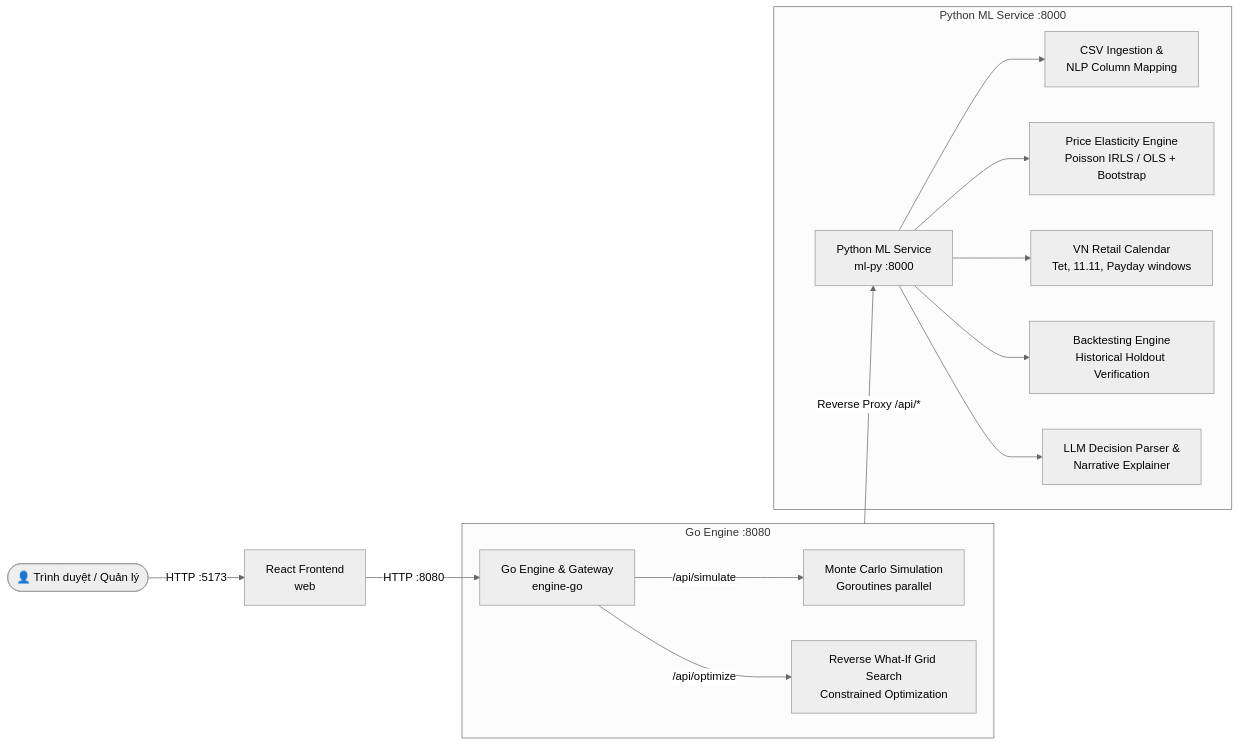
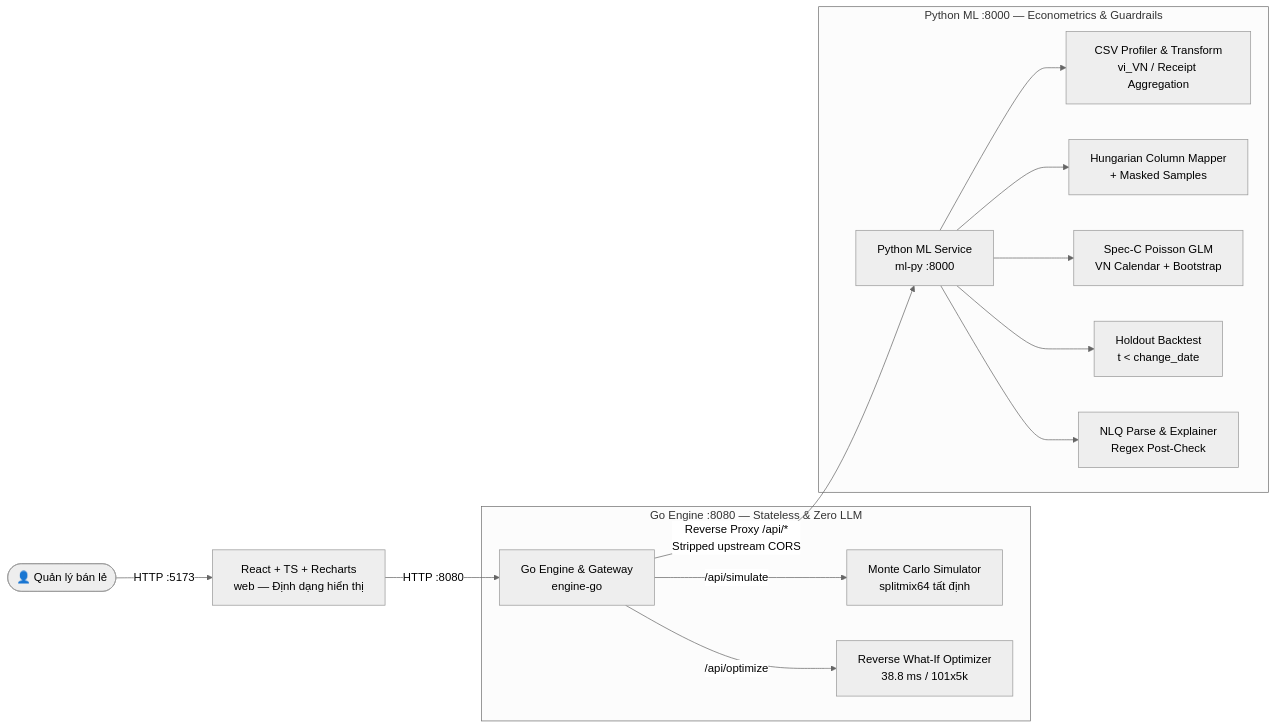
The diagram in README.md (Zubereus/Hackathon_AI_For_Business), drawn with Mermaid (neutral theme) before and after one commit. The commit also changed other lines of this file and 6 other files, not shown here.

````diff
--- a/README.md
+++ b/README.md
@@ -49,21 +44,20 @@
 ```mermaid
 flowchart LR
-    Client([👤 Trình duyệt / Quản lý]) 
-    -->|HTTP :5173| Web[React Frontend\nweb]
+    User([👤 Quản lý bán lẻ]) -->|HTTP :5173| Web[React + TS + Recharts\nweb — Định dạng hiển thị]
     Web -->|HTTP :8080| Gateway[Go Engine & Gateway\nengine-go]
-    
-    subgraph Gateway_Tier [Go Engine :8080]
-        Gateway -->|/api/simulate| SimEngine[Monte Carlo Simulation\nGoroutines parallel]
-        Gateway -->|/api/optimize| OptEngine[Reverse What-If Grid Search\nConstrained Optimization]
+
+    subgraph Go_Tier [Go Engine :8080 — Stateless & Zero LLM]
+        Gateway -->|/api/simulate| Sim[Monte Carlo Simulator\nsplitmix64 tất định]
+        Gateway -->|/api/optimize| Opt[Reverse What-If Optimizer\n38.8 ms / 101x5k]
     end
 
-    Gateway_Tier -->|Reverse Proxy /api/*| MLPy[Python ML Service\nml-py :8000]
+    Gateway -->|Reverse Proxy /api/*\nStripped upstream CORS| MLPy[Python ML Service\nml-py :8000]
 
-    subgraph Python_ML_Tier [Python ML Service :8000]
-        MLPy --> Ingest[CSV Ingestion &\nNLP Column Mapping]
-        MLPy --> Elasticity[Price Elasticity Engine\nPoisson IRLS / OLS + Bootstrap]
-        MLPy --> CalendarVN[VN Retail Calendar\nTet, 11.11, Payday windows]
-        MLPy --> Backtest[Backtesting Engine\nHistorical Holdout Verification]
-        MLPy --> LLMParser[LLM Decision Parser &\nNarrative Explainer]
+    subgraph Py_Tier [Python ML :8000 — Econometrics & Guardrails]
+        MLPy --> Ingest[CSV Profiler & Transform\nvi_VN / Receipt Aggregation]
+        MLPy --> Map[Hungarian Column Mapper\n+ Masked Samples]
+        MLPy --> Fit[Spec-C Poisson GLM\nVN Calendar + Bootstrap]
+        MLPy --> Backtest[Holdout Backtest\nt < change_date]
+        MLPy --> NLQ[NLQ Parse & Explainer\nRegex Post-Check]
     end
 ```
````
